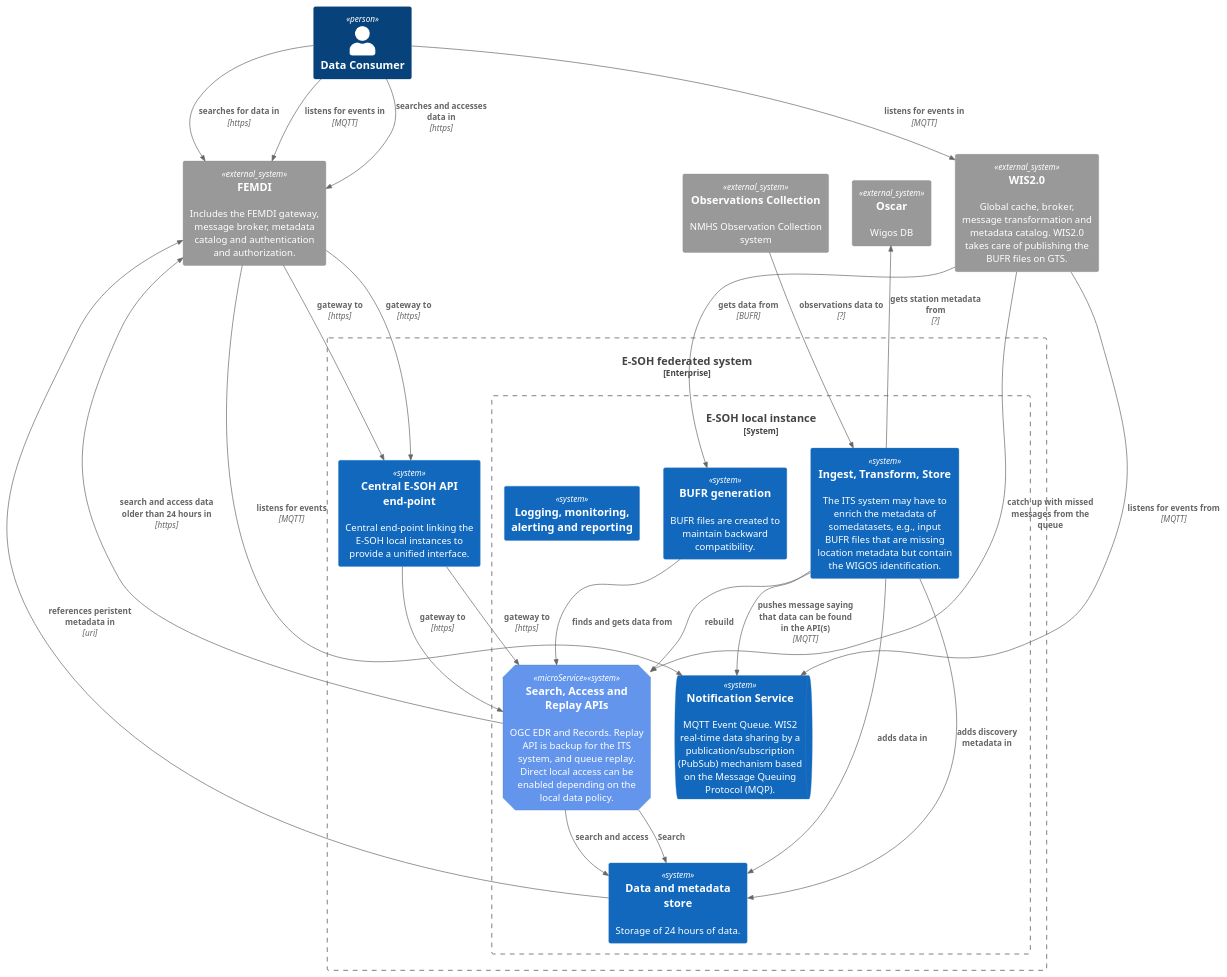
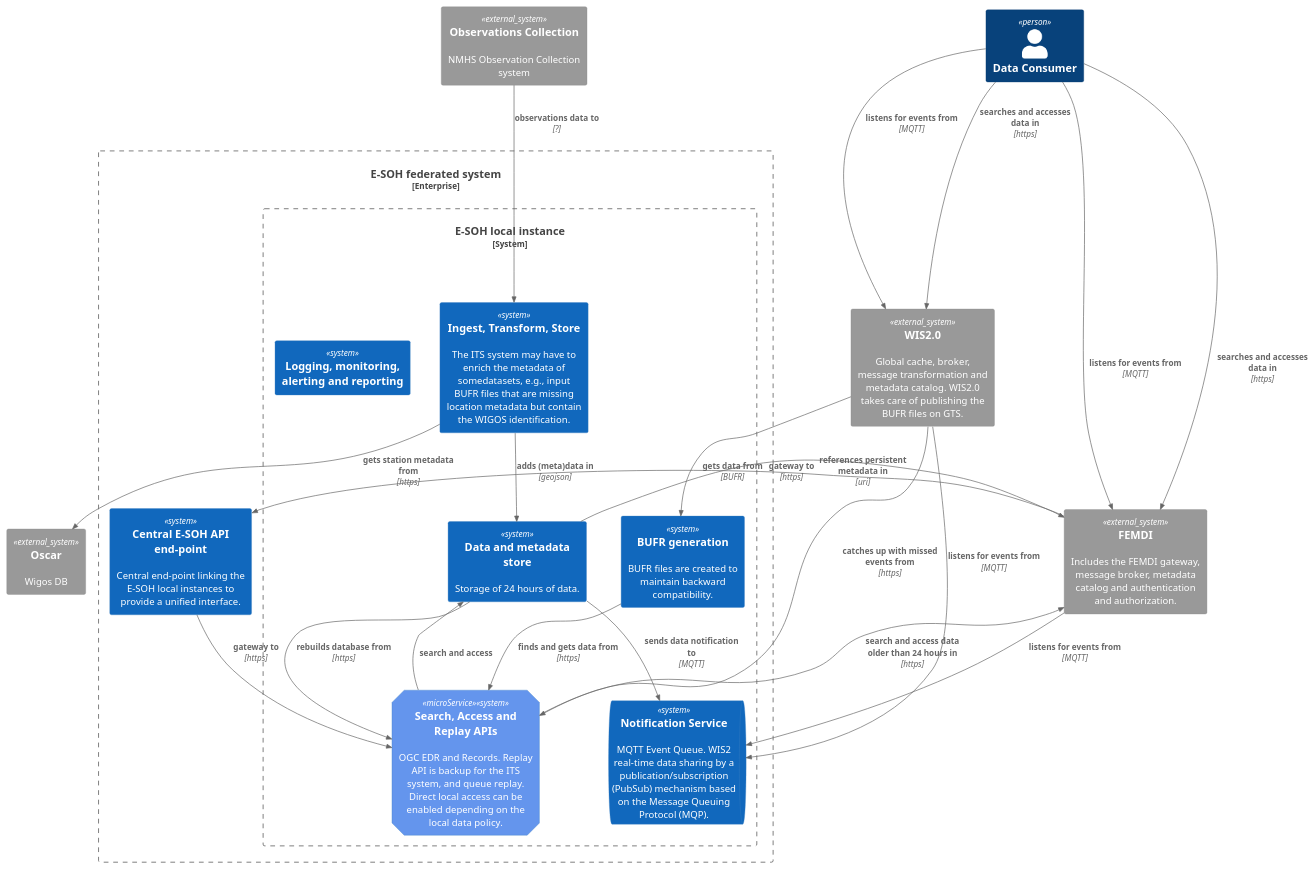
Before and after one commit to EURODEO/e-soh-c4: the diagram in c4-context.puml, drawn with PlantUML. The commit also changed 3 other files, not shown here.

Commit message:
data store container and some cleaning

```diff
--- a/c4-context.puml
+++ b/c4-context.puml
@@ -1,65 +1,59 @@
 @startuml "c4-context"
 !include https://raw.githubusercontent.com/plantuml-stdlib/C4-PlantUML/master/C4_Context.puml
 
 AddElementTag("microService", $shape=EightSidedShape(), $bgColor="CornflowerBlue", $fontColor="white", $legendText="micro service\neight sided")
 
 System_Ext(femdi, "FEMDI", "Includes the FEMDI gateway, message broker, metadata catalog and authentication and authorization.")
 
 System_Ext(wis2, "WIS2.0", "Global cache, broker, message transformation and metadata catalog. WIS2.0 takes care of publishing the BUFR files on GTS.")
 
 
 Person(consumer, "Data Consumer")
 
 Enterprise_Boundary(esoh_all, "E-SOH federated system"){
   System(proxy, "Central E-SOH API end-point", "Central end-point linking the E-SOH local instances to provide a unified interface.")
 
   System_Boundary(esoh_fed, "E-SOH local instance"){
     SystemQueue(queue, "Notification Service", "MQTT Event Queue. WIS2 real-time data sharing by a publication/subscription (PubSub) mechanism based on the Message Queuing Protocol (MQP).")
 
     System(queries, "Search, Access and Replay APIs", "OGC EDR and Records. Replay API is backup for the ITS system, and queue replay. Direct local access can be enabled depending on the local data policy.", $tags = "microService")
 
     System(its, "Ingest, Transform, Store", "The ITS system may have to enrich the metadata of somedatasets, e.g., input BUFR files that are missing location metadata but contain the WIGOS identification.")
 
-    'System(replay, "Replay API", "Backup for the ITS system, and queue replay.", $tags = "microService")
-    'System(edr, "Search and Access API", "OGC EDR. Direct local access can be enabled depending on the local data policy.", $tags = "microService")
     'System(records, "Search API", "OGC Records. Direct local access can be enabled depending on the local data policy.", $tags = "microService")
 
     System(bufr_generator, "BUFR generation", "BUFR files are created to maintain backward compatibility.")
     System(data_store, "Data and metadata store", "Storage of 24 hours of data.")
     System(lmar, "Logging, monitoring, alerting and reporting", "")
   }
 }
 
 System_Ext(oscar, "Oscar", "Wigos DB")
 System_Ext(ObsCollection,"Observations Collection", "NMHS Observation Collection system")
 
-Rel(its, queries, "rebuild")
-Rel(wis2, queries, "catch up with missed messages from the queue")
-Rel(femdi, queue, "listens for events", "MQTT")
-Rel(data_store, femdi, "references peristent metadata in", "uri")
+Rel(data_store, queries, "rebuilds database from", "https")
+Rel(wis2, queries, "catches up with missed events from", "https")
+Rel(femdi, queue, "listens for events from", "MQTT")
+Rel(data_store, femdi, "references persistent metadata in", "uri")
 Rel(queries,  data_store, "search and access", "")
 Rel(queries,  femdi, "search and access data older than 24 hours in", "https")
-Rel(queries, data_store, "Search", "")
-Rel(bufr_generator, queries, "finds and gets data from", "")
+Rel(bufr_generator, queries, "finds and gets data from", "https")
 
-Rel(its, data_store, "adds data in", "")
-Rel(its, data_store, "adds discovery metadata in", "")
-Rel(its, queue, "pushes message saying that data can be found in the API(s)", "MQTT")
+Rel(its, data_store, "adds (meta)data in", "geojson")
+Rel(data_store, queue, "sends data notification to", "MQTT")
 
 Rel(wis2, queue, "listens for events from", "MQTT")
 
 Rel(wis2, bufr_generator, "gets data from", "BUFR")
 
 Rel(consumer, femdi, "searches and accesses data in", "https")
-Rel(consumer, femdi, "searches for data in", "https")
-Rel(consumer, femdi, "listens for events in", "MQTT")
-Rel(consumer, wis2, "listens for events in", "MQTT")
-Rel(proxy, queries, "gateway to", "https")
+Rel(consumer, femdi, "listens for events from", "MQTT")
+Rel(consumer, wis2, "searches and accesses data in", "https")
+Rel(consumer, wis2, "listens for events from", "MQTT")
 Rel(proxy, queries, "gateway to", "https")
 Rel(femdi, proxy, "gateway to", "https")
-Rel(femdi, proxy, "gateway to", "https")
 
-Rel_U(its, oscar, "gets station metadata from", "?")
+Rel(its, oscar, "gets station metadata from", "https")
 Rel(ObsCollection, its, "observations data to", "?")
 
 @enduml
```
